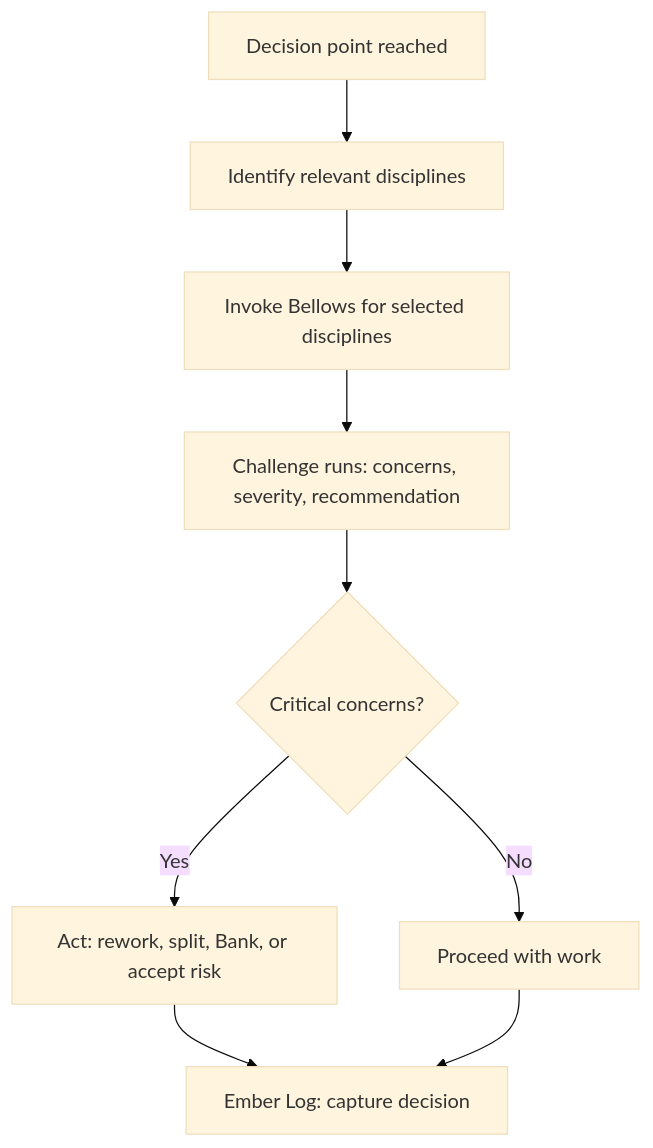
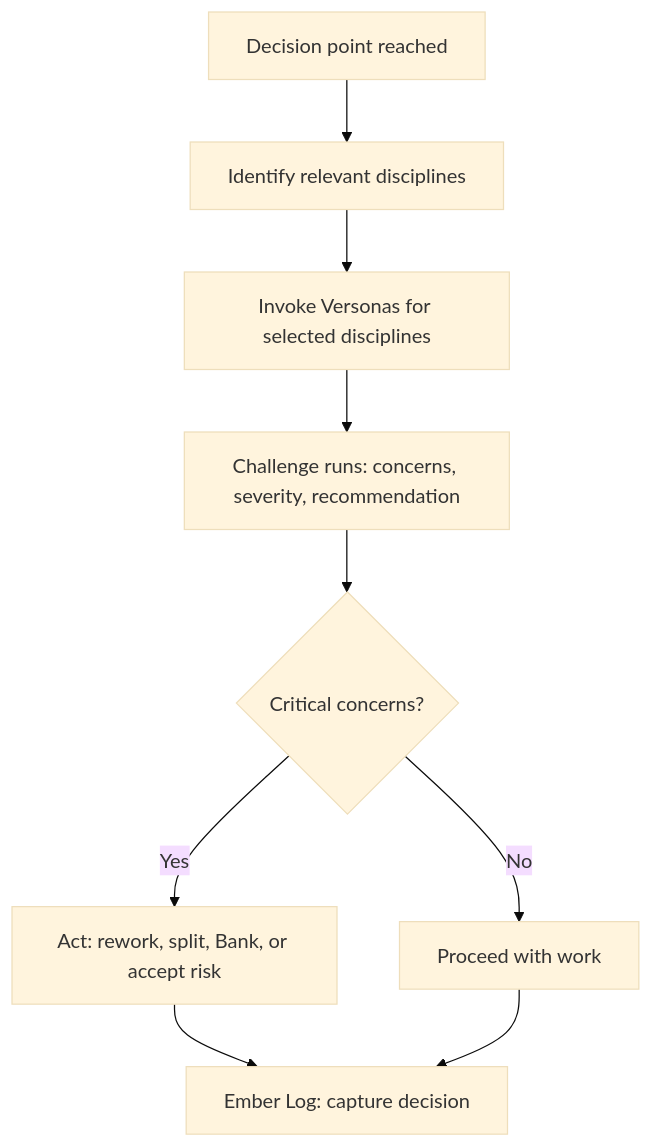
Before and after one commit to autowww/blueprints: the seventh of 7 diagrams in sdlc/methodologies/forge/process-and-flows.md, drawn with Mermaid (base theme). The commit also changed other lines of this file and 60 other files, not shown here.

````diff
--- a/sdlc/methodologies/forge/process-and-flows.md
+++ b/sdlc/methodologies/forge/process-and-flows.md
@@ -175,11 +175,11 @@
 ```mermaid
 flowchart TD
   DP[Decision point reached] --> ID[Identify relevant disciplines]
-  ID --> INV[Invoke Bellows for selected disciplines]
+  ID --> INV[Invoke Versonas for selected disciplines]
   INV --> CH[Challenge runs: concerns, severity, recommendation]
   CH --> SEV{Critical concerns?}
   SEV -->|Yes| ACT[Act: rework, split, Bank, or accept risk]
   ACT --> EL[Ember Log: capture decision]
   SEV -->|No| PROC[Proceed with work]
   PROC --> EL
 ```
````
